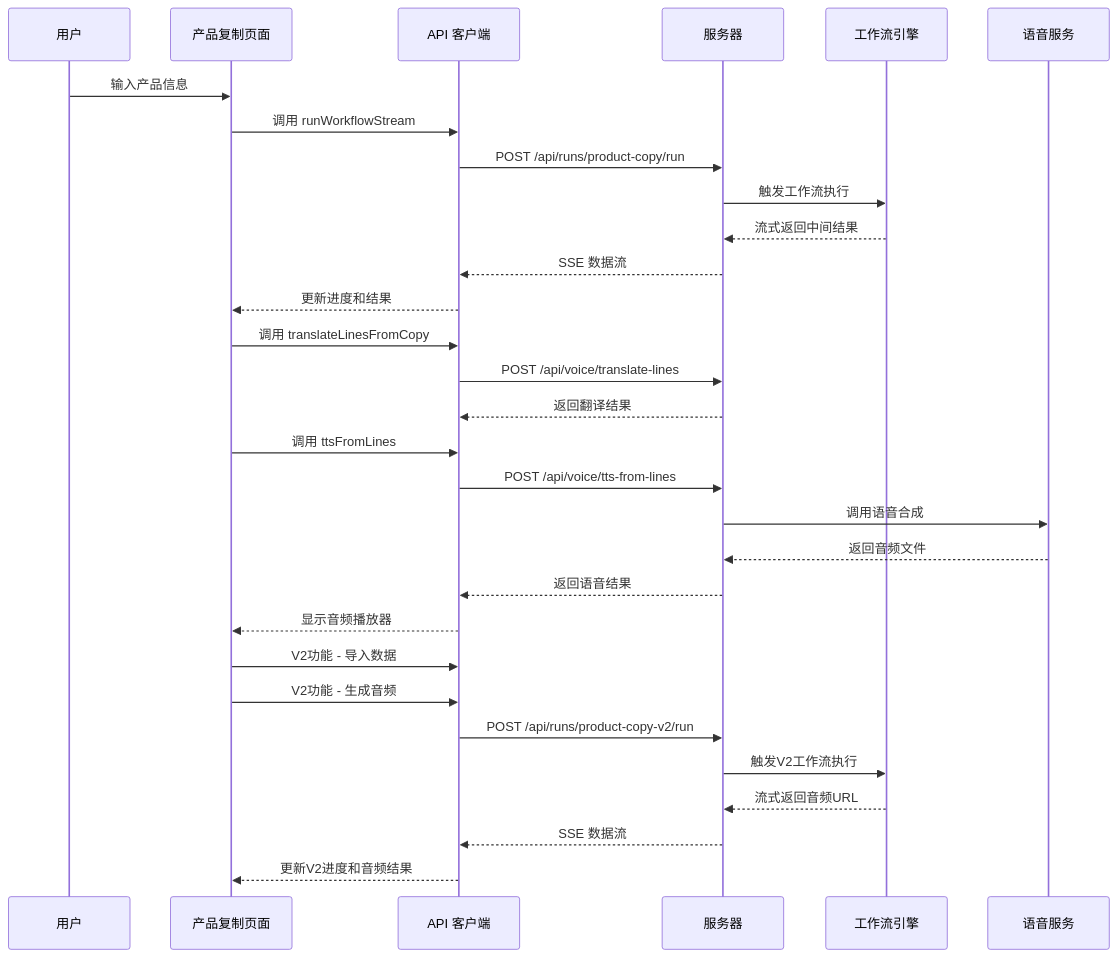
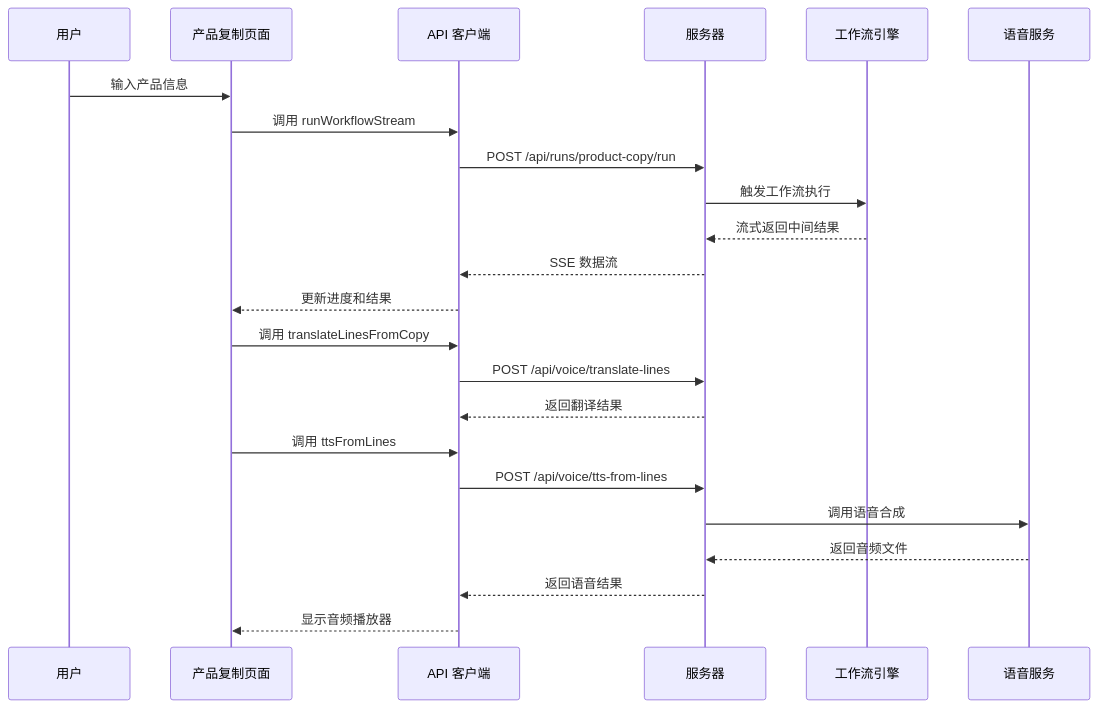
The fourth of 8 diagrams in .qoder/repowiki/zh/content/Product Copy Page.md (hanksd769-droid/sailshub), drawn with Mermaid before and after one commit. The commit also changed other lines of this file and 4 other files, not shown here.

````diff
--- a/.qoder/repowiki/zh/content/Product Copy Page.md
+++ b/.qoder/repowiki/zh/content/Product Copy Page.md
@@ -170,32 +164,25 @@
 ```mermaid
 sequenceDiagram
 participant U as 用户
 participant P as 产品复制页面
 participant A as API 客户端
 participant S as 服务器
 participant W as 工作流引擎
 participant V as 语音服务
 U->>P : 输入产品信息
 P->>A : 调用 runWorkflowStream
 A->>S : POST /api/runs/product-copy/run
 S->>W : 触发工作流执行
 W-->>S : 流式返回中间结果
 S-->>A : SSE 数据流
 A-->>P : 更新进度和结果
 P->>A : 调用 translateLinesFromCopy
 A->>S : POST /api/voice/translate-lines
 S-->>A : 返回翻译结果
 P->>A : 调用 ttsFromLines
 A->>S : POST /api/voice/tts-from-lines
 S->>V : 调用语音合成
 V-->>S : 返回音频文件
 S-->>A : 返回语音结果
 A-->>P : 显示音频播放器
-P->>A : V2功能 - 导入数据
-P->>A : V2功能 - 生成音频
-A->>S : POST /api/runs/product-copy-v2/run
-S->>W : 触发V2工作流执行
-W-->>S : 流式返回音频URL
-S-->>A : SSE 数据流
-A-->>P : 更新V2进度和音频结果
 ```
````
